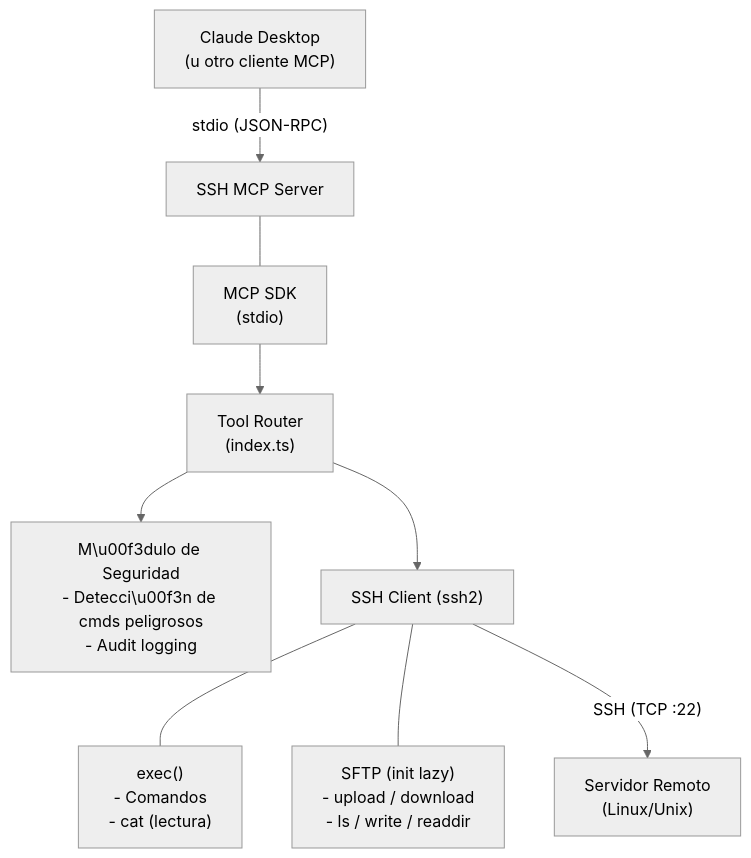
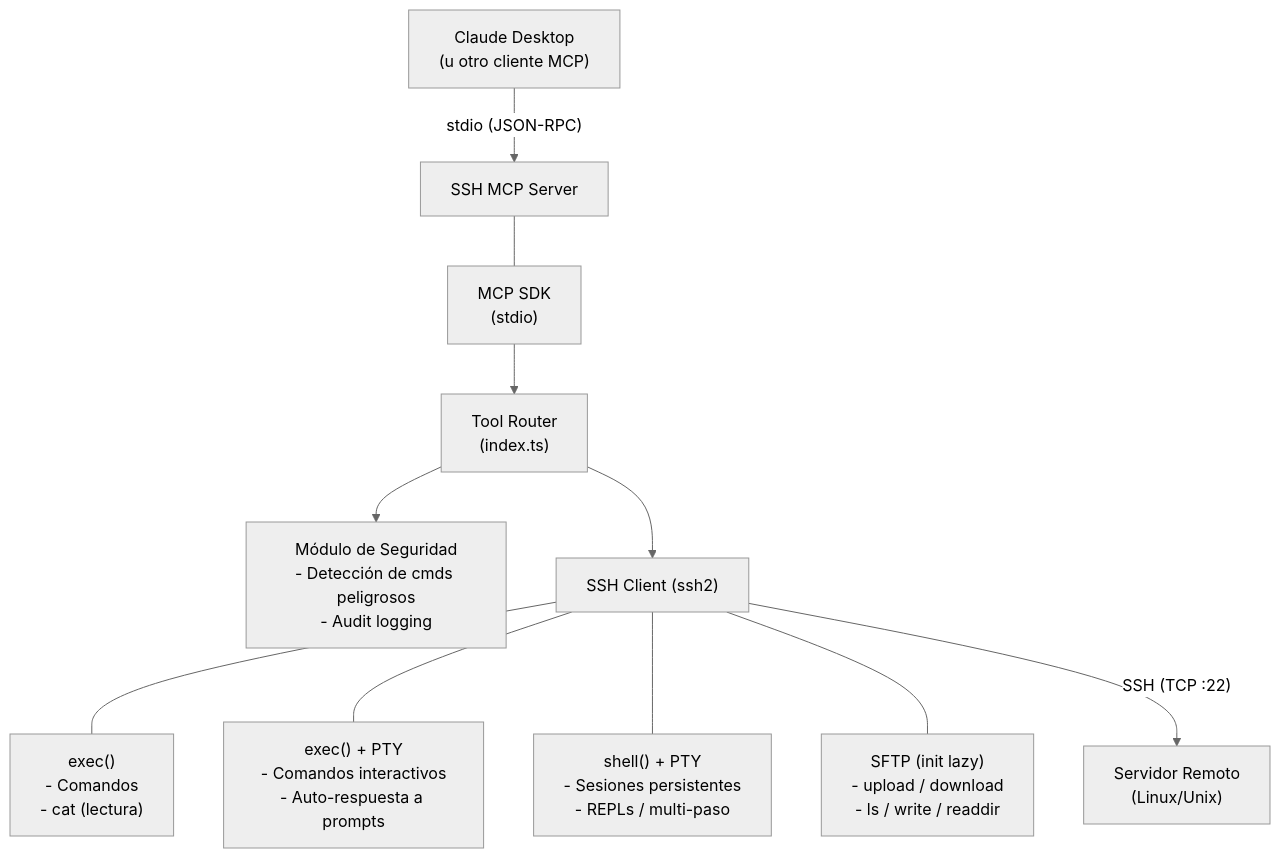
One commit to d3v1an/ssh-mcp changed the first of 3 diagrams in README.es.md. Above: the diagram before and after it, drawn with Mermaid (neutral theme). The commit also changed other lines of this file and 5 other files, not shown here.

````diff
--- a/README.es.md
+++ b/README.es.md
@@ -20,21 +20,25 @@
 ```mermaid
 graph TB
     Client["Claude Desktop<br/>(u otro cliente MCP)"]
     Server["SSH MCP Server"]
     MCP["MCP SDK<br/>(stdio)"]
     Router["Tool Router<br/>(index.ts)"]
-    Security["M\u00f3dulo de Seguridad<br/>- Detecci\u00f3n de cmds peligrosos<br/>- Audit logging"]
+    Security["Módulo de Seguridad<br/>- Detección de cmds peligrosos<br/>- Audit logging"]
     SSH["SSH Client (ssh2)"]
     Exec["exec()<br/>- Comandos<br/>- cat (lectura)"]
+    Interactive["exec() + PTY<br/>- Comandos interactivos<br/>- Auto-respuesta a prompts"]
+    Shell["shell() + PTY<br/>- Sesiones persistentes<br/>- REPLs / multi-paso"]
     SFTP["SFTP (init lazy)<br/>- upload / download<br/>- ls / write / readdir"]
     Remote["Servidor Remoto<br/>(Linux/Unix)"]
 
     Client -->|"stdio (JSON-RPC)"| Server
     Server --- MCP
     MCP --> Router
     Router --> Security
     Router --> SSH
     SSH --- Exec
+    SSH --- Interactive
+    SSH --- Shell
     SSH --- SFTP
     SSH -->|"SSH (TCP :22)"| Remote
 ```
````
